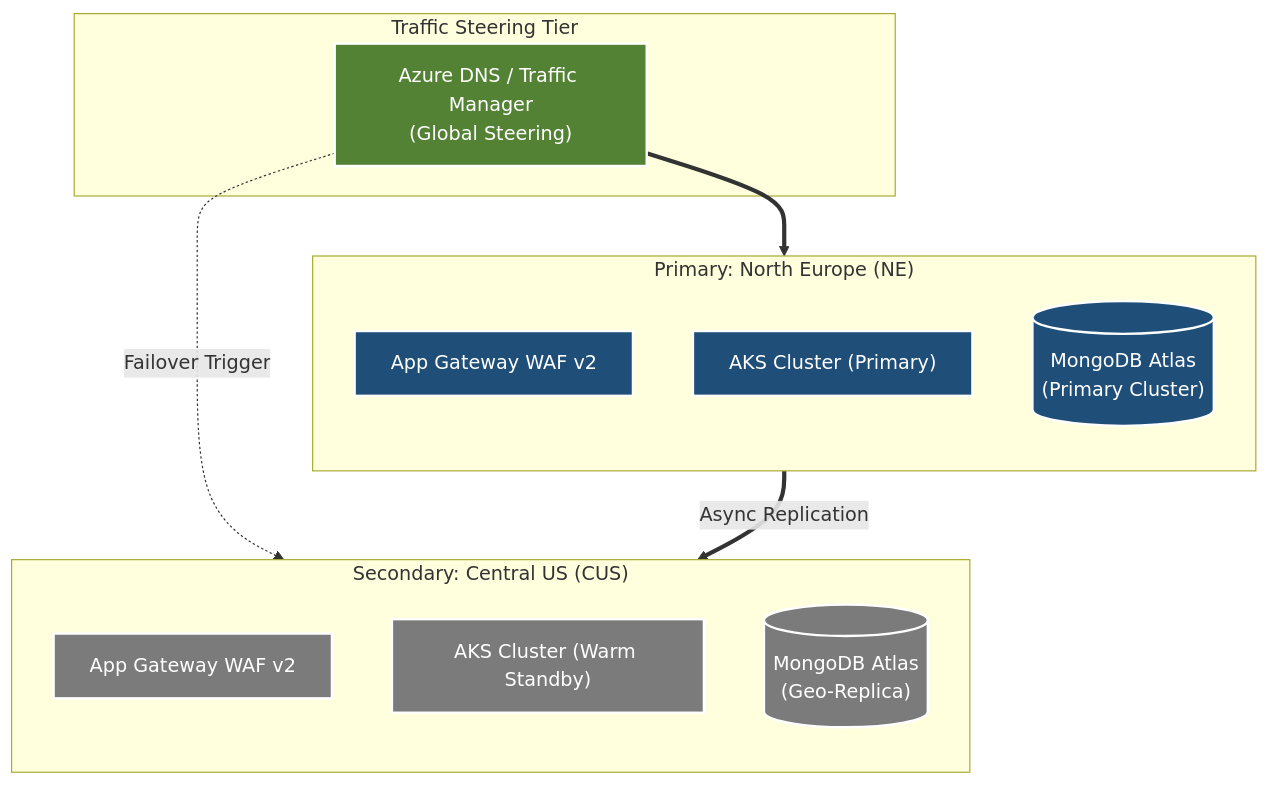
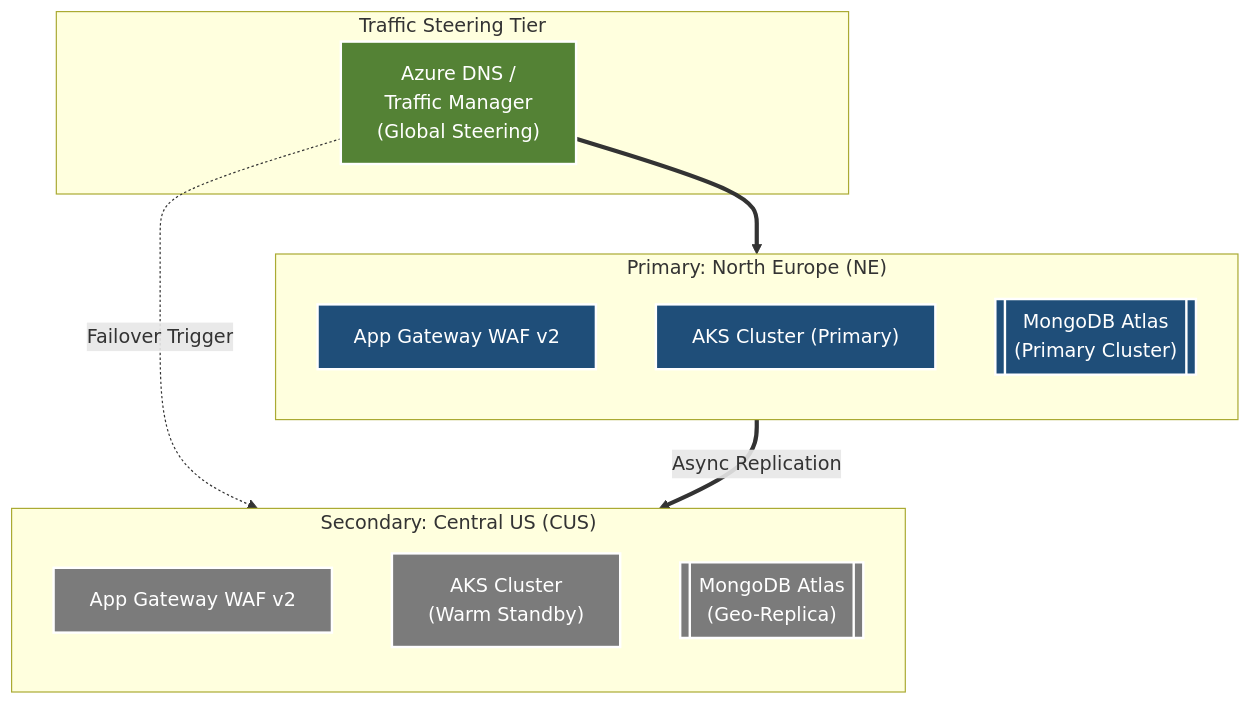
The first of 4 diagrams in docs/811-DR_BCP_ARCH_ANALYSIS.md (nubenetes/terraform-azure-devops-agentic), drawn with Mermaid before and after one commit. The commit also changed 23 other files, not shown here.

Commit message:
docs: establish automated Mermaid validator and eliminate text clipping repo-wide

````diff
--- a/docs/811-DR_BCP_ARCH_ANALYSIS.md
+++ b/docs/811-DR_BCP_ARCH_ANALYSIS.md
@@ -73,27 +73,27 @@
 ```mermaid
 graph TD
     classDef primary fill:#1f4e79,stroke:#fff,stroke-width:2px,color:#fff
     classDef secondary fill:#7b7b7b,stroke:#fff,stroke-width:2px,color:#fff
     classDef global fill:#548235,stroke:#fff,stroke-width:2px,color:#fff
     subgraph Global_Entry ["Traffic Steering Tier"]
-        DNS["Azure DNS / Traffic Manager<br/>(Global Steering)"]
+        DNS["Azure DNS /<br/>Traffic Manager<br/>(Global Steering)"]
     end
     subgraph Region_A ["Primary: North Europe (NE)"]
         direction TB
         AGW_A["App Gateway WAF v2"]
         AKS_A["AKS Cluster (Primary)"]
-        DB_A[("MongoDB Atlas<br/>(Primary Cluster)")]
+        DB_A[["MongoDB Atlas<br/>(Primary Cluster)"]]
     end
     subgraph Region_B ["Secondary: Central US (CUS)"]
         direction TB
         AGW_B["App Gateway WAF v2"]
-        AKS_B["AKS Cluster (Warm Standby)"]
-        DB_B[("MongoDB Atlas<br/>(Geo-Replica)")]
+        AKS_B["AKS Cluster<br/>(Warm Standby)"]
+        DB_B[["MongoDB Atlas<br/>(Geo-Replica)"]]
     end
     DNS ==> AGW_A
     DNS -.->|Failover Trigger| AGW_B
     DB_A ==>|Async Replication| DB_B
     class AGW_A,AKS_A,DB_A primary
     class AGW_B,AKS_B,DB_B secondary
     class DNS global
 ```
````
